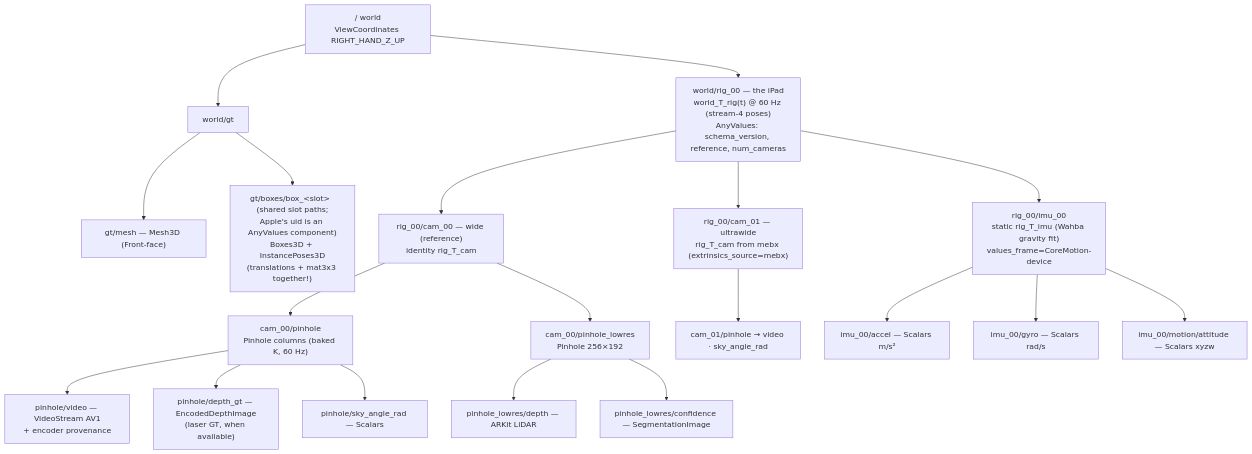
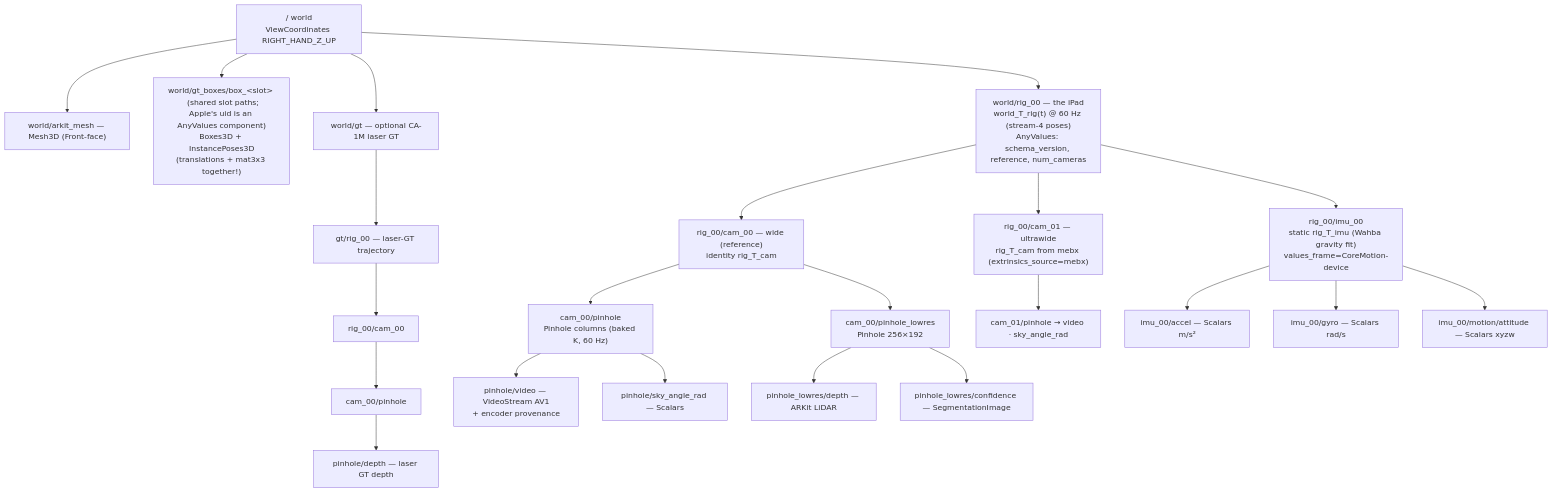
Before and after one commit to rerun-io/examples-monorepo: the fourth of 5 diagrams in packages/arkitscenes-download/docs/architecture.md, drawn with Mermaid. The commit also changed other lines of this file and 23 other files, not shown here.

First line of the commit message:
arkitscenes: taxonomy v2 — split gt/, rename depth, source-neutral laser-GT layers (#92)

````diff
--- a/packages/arkitscenes-download/docs/architecture.md
+++ b/packages/arkitscenes-download/docs/architecture.md
@@ -168,22 +167,25 @@
 ```mermaid
 flowchart TD
     ROOT["/ world<br>ViewCoordinates RIGHT_HAND_Z_UP"]
-    ROOT --> GT["world/gt"]
-    GT --> MESH["gt/mesh — Mesh3D (Front-face)"]
-    GT --> BOXES["gt/boxes/box_&lt;slot&gt;  (shared slot paths;<br>Apple's uid is an AnyValues component)<br>Boxes3D + InstancePoses3D<br>(translations + mat3x3 together!)"]
+    ROOT --> MESH["world/arkit_mesh — Mesh3D (Front-face)"]
+    ROOT --> BOXES["world/gt_boxes/box_&lt;slot&gt;  (shared slot paths;<br>Apple's uid is an AnyValues component)<br>Boxes3D + InstancePoses3D<br>(translations + mat3x3 together!)"]
+    ROOT --> GT["world/gt — optional CA-1M laser GT"]
+    GT --> GTRIG["gt/rig_00 — laser-GT trajectory"]
+    GTRIG --> GTCAM["rig_00/cam_00"]
+    GTCAM --> GTPIN["cam_00/pinhole"]
+    GTPIN --> DGT0["pinhole/depth — laser GT depth"]
     ROOT --> RIG["world/rig_00 — the iPad<br>world_T_rig(t) @ 60 Hz (stream-4 poses)<br>AnyValues: schema_version, reference, num_cameras"]
     RIG --> CAM0["rig_00/cam_00 — wide (reference)<br>identity rig_T_cam"]
     CAM0 --> PIN0["cam_00/pinhole<br>Pinhole columns (baked K, 60 Hz)"]
     PIN0 --> VID0["pinhole/video — VideoStream AV1<br>+ encoder provenance"]
-    PIN0 --> DGT0["pinhole/depth_gt — EncodedDepthImage<br>(laser GT, when available)"]
     PIN0 --> SKY0["pinhole/sky_angle_rad — Scalars"]
     CAM0 --> PINL["cam_00/pinhole_lowres<br>Pinhole 256×192"]
     PINL --> DAR["pinhole_lowres/depth — ARKit LiDAR"]
     PINL --> CONF["pinhole_lowres/confidence — SegmentationImage"]
     RIG --> CAM1["rig_00/cam_01 — ultrawide<br>rig_T_cam from mebx (extrinsics_source=mebx)"]
     CAM1 --> PIN1["cam_01/pinhole → video · sky_angle_rad"]
     RIG --> IMU0["rig_00/imu_00<br>static rig_T_imu (Wahba gravity fit)<br>values_frame=CoreMotion-device"]
     IMU0 --> ACC["imu_00/accel — Scalars m/s²"]
     IMU0 --> GYR["imu_00/gyro — Scalars rad/s"]
     IMU0 --> ATT["imu_00/motion/attitude — Scalars xyzw"]
 ```
````
